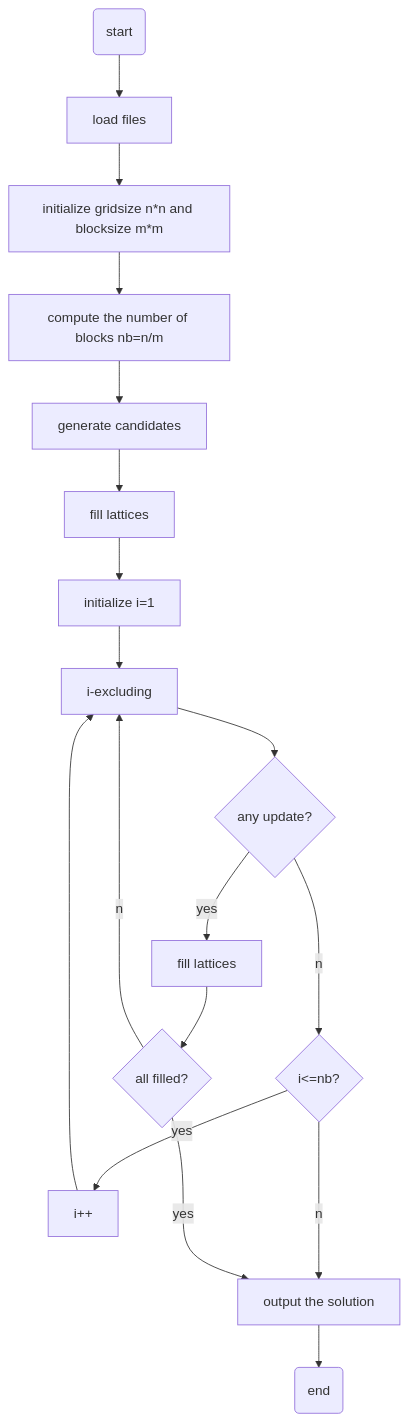
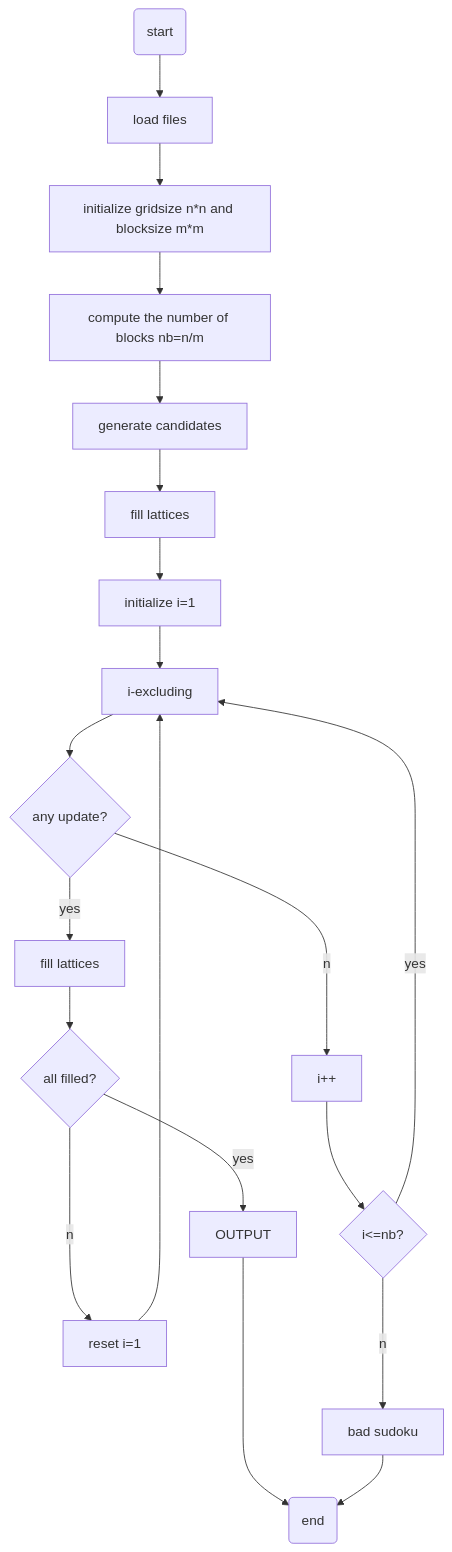
Before and after one commit to BenQuickDeNN/SudokuSolver: the diagram in README.MD, drawn with Mermaid.

Commit message:
modify algorithm

````diff
--- a/README.MD
+++ b/README.MD
@@ -5,20 +5,22 @@
 ```mermaid
 graph TD
     START("start")-->LOAD["load files"]
     LOAD-->INIT["initialize gridsize n*n and blocksize m*m"]
     INIT-->NOB["compute the number of blocks nb=n/m"]
     NOB-->GC["generate candidates"]
     GC-->FILL1["fill lattices"]
     FILL1-->INII["initialize i=1"]
     INII-->EXCLUDING["i-excluding"]
     EXCLUDING-->IF1{"any update?"}
     IF1--yes-->FILL2["fill lattices"]
-    IF1--no-->BI{"i<=nb?"}
-    BI--yes-->PLUSI["i++"]
-    PLUSI-->EXCLUDING
-    BI--no-->OUTPUT["output the solution"]
+    IF1--no-->PLUSI["i++"]
+    PLUSI-->BI{"i<=nb?"}
+    BI--yes-->EXCLUDING
+    BI--no-->ERR1["bad sudoku"]
     FILL2-->ALF{all filled?}
     ALF--yes-->OUTPUT
-    ALF--no-->EXCLUDING
+    ALF--no-->RESETI["reset i=1"]
+    RESETI-->EXCLUDING
     OUTPUT-->END("end")
+    ERR1-->END
 ```
````
